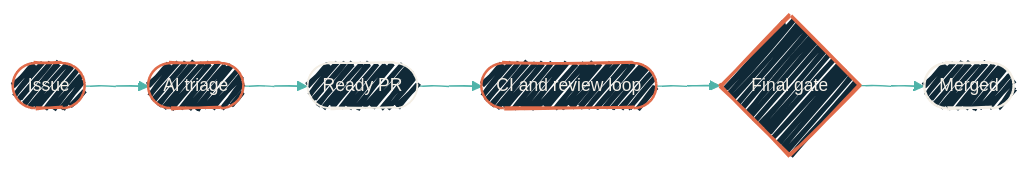
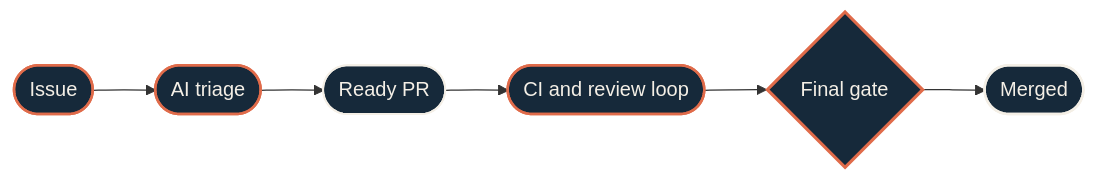
Before and after one commit to dryvist/docs: the diagram in automation/overview.mdx, drawn with Mermaid. The commit also changed other lines of this file and 116 other files, not shown here.

````diff
--- a/automation/overview.mdx
+++ b/automation/overview.mdx
@@ -18,25 +18,26 @@
 ```mermaid
-%%{init:
-  {'theme':'base','look':'handDrawn','themeVariables':{'fontFamily':'Geist','fontSize':'14px','primaryColor':'#102937','primaryTextColor':'#F4EFE6','primaryBorderColor':'#4FB3A9','lineColor':'#4FB3A9','secondaryColor':'#0B1D2A','tertiaryColor':'#1A2A38','clusterBkg':'rgba(79,179,169,0.08)','clusterBorder':'#4FB3A9'}}}%%
-  flowchart LR
+%%{init: {"theme":"base","look":"handDrawn","themeVariables":{"primaryColor":"#123a36","primaryTextColor":"#f4efe6","primaryBorderColor":"#4fb3a9","lineColor":"#4fb3a9","secondaryColor":"#0b1d2a","tertiaryColor":"#16293a","clusterBkg":"#08151f","clusterBorder":"#4fb3a9","fontFamily":"'Geist Sans', system-ui, -apple-system, BlinkMacSystemFont, 'Segoe UI', Roboto, sans-serif","fontSize":"14px"}}}%%
+flowchart LR
+  classDef src fill:#16293a,stroke:#e06b4a,stroke-width:2px,color:#f4efe6;
+  classDef ai fill:#16293a,stroke:#e06b4a,stroke-width:2px,color:#f4efe6;
+  classDef gate fill:#16293a,stroke:#e06b4a,stroke-width:2.5px,color:#f4efe6;
+  classDef hop fill:#16293a,stroke:#4fb3a9,stroke-width:2px,color:#f4efe6;
+  classDef host fill:#16293a,stroke:#4fb3a9,stroke-width:2px,color:#f4efe6;
+  classDef sink fill:#16293a,stroke:#f4efe6,stroke-width:2px,color:#f4efe6;
+  classDef auto fill:#16293a,stroke:#f4efe6,stroke-width:1.5px,color:#f4efe6;
+  classDef external fill:#16293a,stroke:#e6b35a,stroke-width:2px,color:#f4efe6;
   I([Issue])
   T([AI triage])
   D([Ready PR])
   L([CI and review loop])
   G{Final gate}
   M([Merged])
 
   I --> T --> D --> L --> G --> M
 
-  classDef src      fill:#102937,stroke:#E06B4A,stroke-width:2px,color:#F4EFE6;
-  classDef ai       fill:#102937,stroke:#E06B4A,stroke-width:2px,color:#F4EFE6;
-  classDef auto     fill:#102937,stroke:#F4EFE6,stroke-width:1.5px,color:#F4EFE6;
-  classDef gate     fill:#102937,stroke:#E06B4A,stroke-width:2.5px,color:#F4EFE6;
-  classDef sink     fill:#102937,stroke:#F4EFE6,stroke-width:2px,color:#F4EFE6;
-
   class I src
   class T,L ai
   class D auto
   class G gate
   class M sink
 ```
````
